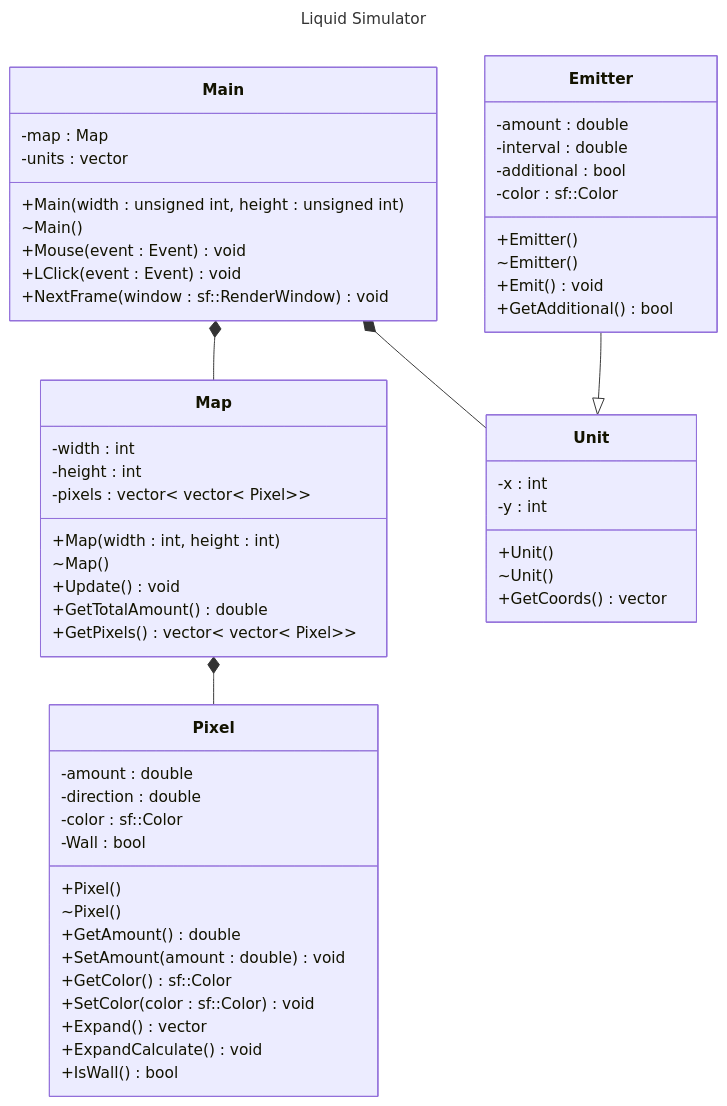
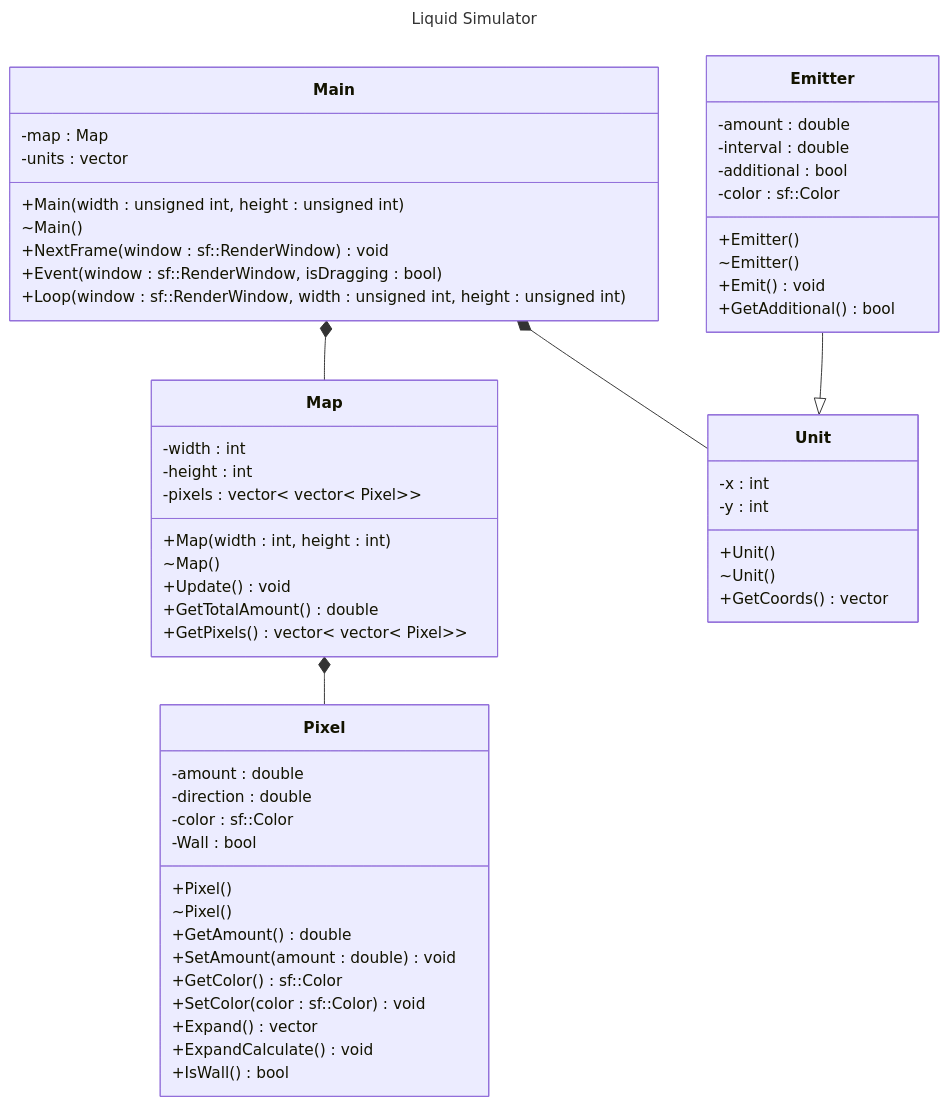
Before and after one commit to LogicLoic/Liquid-Simulator: the diagram in README.md, drawn with Mermaid. The commit also changed 3 other files, not shown here.

````diff
--- a/README.md
+++ b/README.md
@@ -3,72 +3,72 @@
 ```mermaid
 ---
 title: Liquid Simulator
 ---
 classDiagram
     class Main{
         -map : Map
         -units : vector<Unit>
 
         +Main(width : unsigned int, height : unsigned int)
         ~Main()
-        +Mouse(event : Event) void
-        +LClick(event : Event) void
         +NextFrame(window : sf::RenderWindow) void
+        +Event(window : sf::RenderWindow, isDragging : bool)
+        +Loop(window : sf::RenderWindow, width : unsigned int, height : unsigned int)
     }
 
     class Map{
         -width : int
         -height : int
         -pixels : vector< vector< Pixel>>
         
         +Map(width : int, height : int)
         ~Map()
         +Update() void
         +GetTotalAmount() double
         +GetPixels() vector< vector< Pixel>>
     }
 
     class Pixel{
         -amount : double
         -direction : double
         -color : sf::Color
         -Wall : bool
 
         +Pixel()
         ~Pixel()
         +GetAmount() double
         +SetAmount(amount : double) void
         +GetColor() sf::Color
         +SetColor(color : sf::Color) void
         +Expand() vector<double>
         +ExpandCalculate() void
         +IsWall() bool
     }
 
     class Unit{
         -x : int
         -y : int
 
         +Unit()
         ~Unit()
         +GetCoords() vector<int>
     }
 
     class Emitter{
         -amount : double
         -interval : double
         -additional : bool
         -color : sf::Color
 
         +Emitter()
         ~Emitter()
         +Emit() void
         +GetAdditional() bool
     }
 
     Main *-- Map
     Main *-- Unit
     Map *-- Pixel
     Emitter --|> Unit
 
 ```
````
